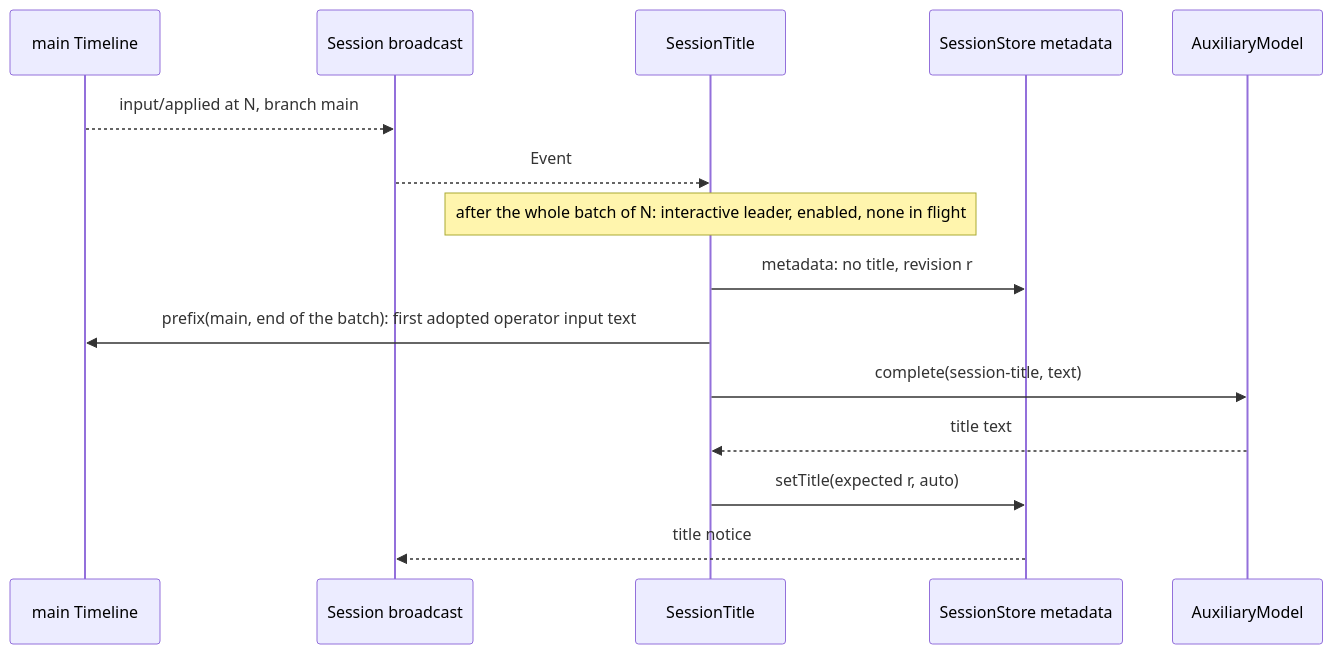
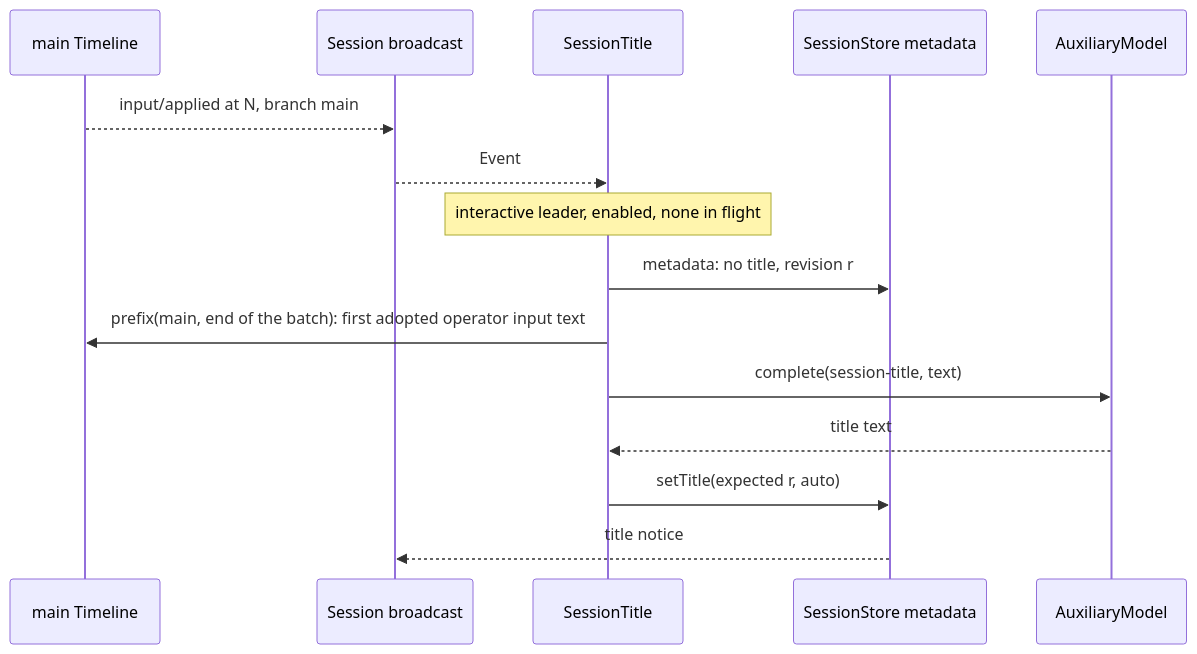
The third of 5 diagrams in docs/design/plugins/SessionTitle.md (CoutinhoTTS/dim-agent), drawn with Mermaid before and after one commit. The commit also changed other lines of this file and 9 other files, not shown here.

````diff
--- a/docs/design/plugins/SessionTitle.md
+++ b/docs/design/plugins/SessionTitle.md
@@ -69,17 +69,17 @@
 ```mermaid
 sequenceDiagram
   participant TL as main Timeline
   participant SB as Session broadcast
   participant ST as SessionTitle
   participant Meta as SessionStore metadata
   participant Aux as AuxiliaryModel
   TL-->>SB: input/applied at N, branch main
   SB-->>ST: Event
-  Note over ST: after the whole batch of N: interactive leader, enabled, none in flight
+  Note over ST: interactive leader, enabled, none in flight
   ST->>Meta: metadata: no title, revision r
   ST->>TL: prefix(main, end of the batch): first adopted operator input text
   ST->>Aux: complete(session-title, text)
   Aux-->>ST: title text
   ST->>Meta: setTitle(expected r, auto)
   Meta-->>SB: title notice
 ```
````
